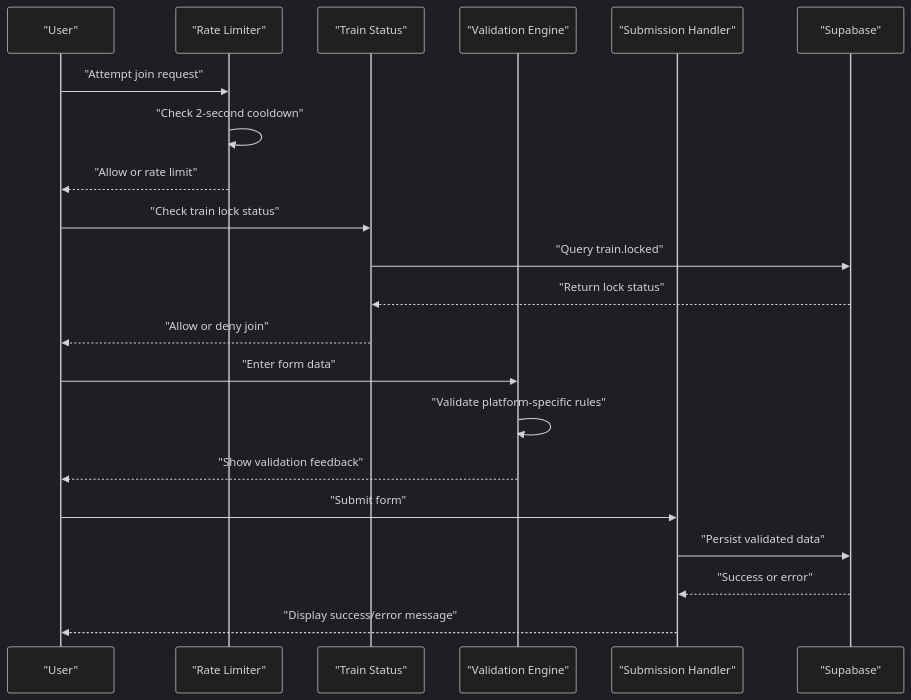
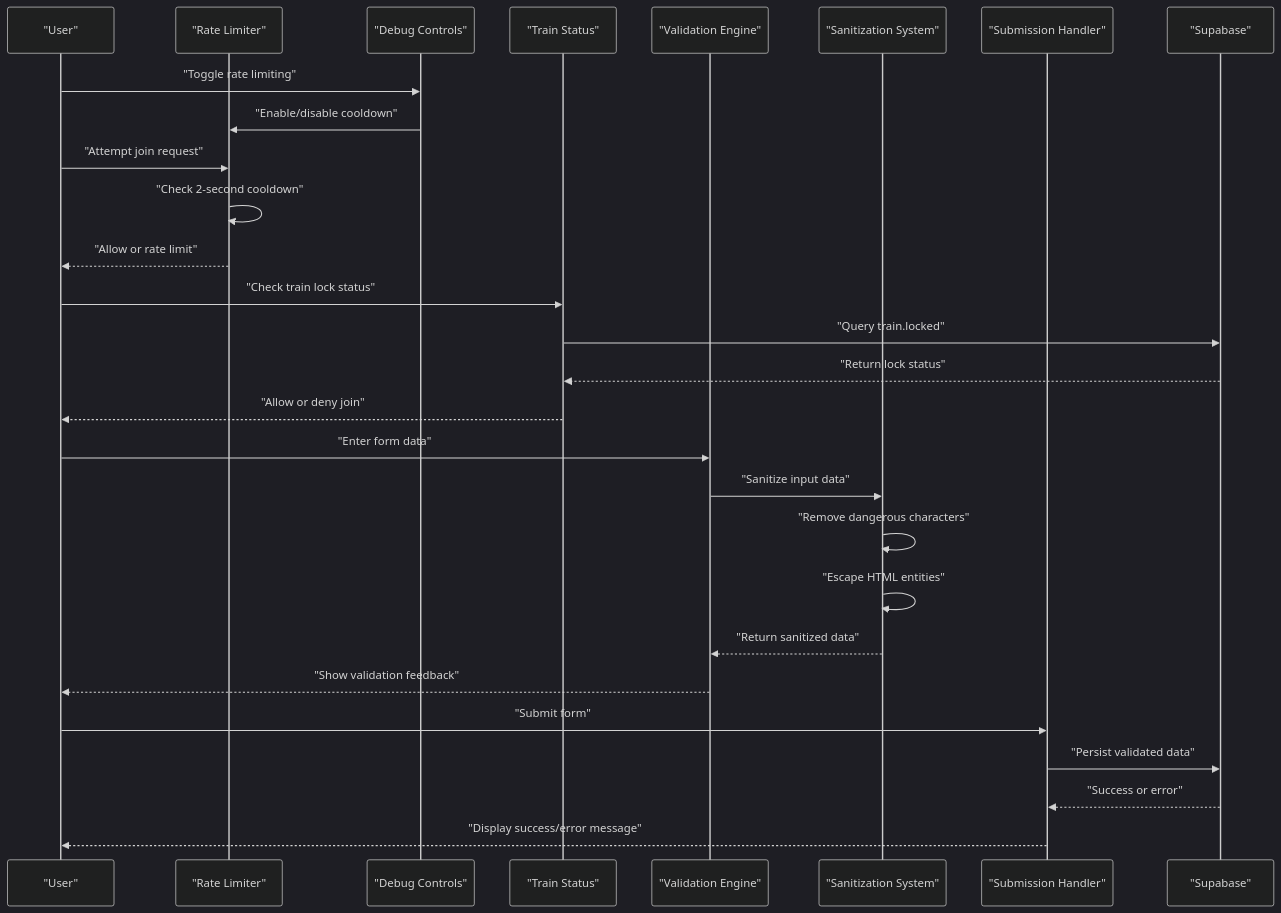
Before and after one commit to TheBooleanJulian/followtrain-v2: the second of 3 diagrams in .qoder/repowiki/en/content/Form Validation & User Input Handling.md, drawn with Mermaid (dark theme). The commit also changed other lines of this file and 202 other files, not shown here.

````diff
--- a/.qoder/repowiki/en/content/Form Validation & User Input Handling.md
+++ b/.qoder/repowiki/en/content/Form Validation & User Input Handling.md
@@ -106,23 +119,30 @@
 ```mermaid
 sequenceDiagram
 participant U as "User"
 participant RL as "Rate Limiter"
+participant DC as "Debug Controls"
 participant TS as "Train Status"
-participant V as "Validation Engine"
+participant VS as "Validation Engine"
+participant SS as "Sanitization System"
 participant S as "Submission Handler"
 participant DB as "Supabase"
+U->>DC : "Toggle rate limiting"
+DC->>RL : "Enable/disable cooldown"
 U->>RL : "Attempt join request"
 RL->>RL : "Check 2-second cooldown"
 RL-->>U : "Allow or rate limit"
 U->>TS : "Check train lock status"
 TS->>DB : "Query train.locked"
 DB-->>TS : "Return lock status"
 TS-->>U : "Allow or deny join"
-U->>V : "Enter form data"
-V->>V : "Validate platform-specific rules"
-V-->>U : "Show validation feedback"
+U->>VS : "Enter form data"
+VS->>SS : "Sanitize input data"
+SS->>SS : "Remove dangerous characters"
+SS->>SS : "Escape HTML entities"
+SS-->>VS : "Return sanitized data"
+VS-->>U : "Show validation feedback"
 U->>S : "Submit form"
 S->>DB : "Persist validated data"
 DB-->>S : "Success or error"
 S-->>U : "Display success/error message"
 ```
````
